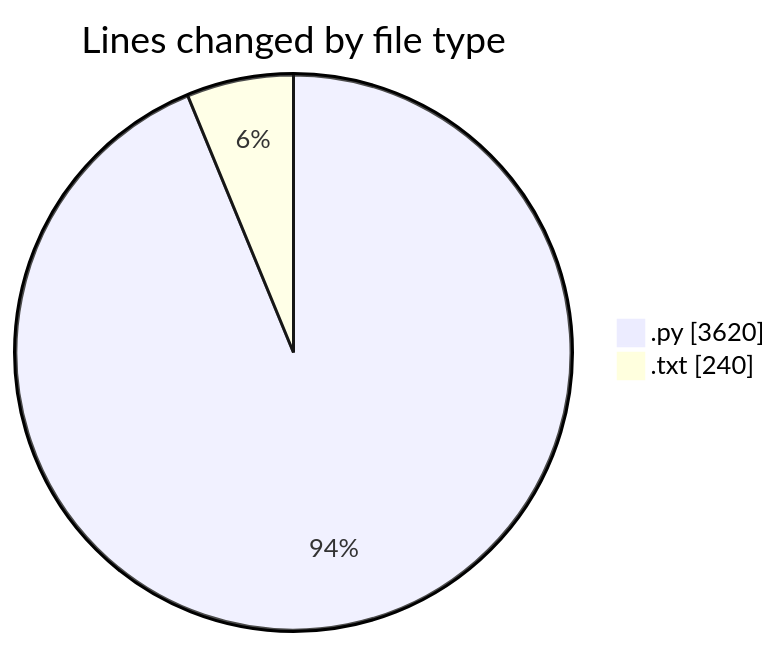
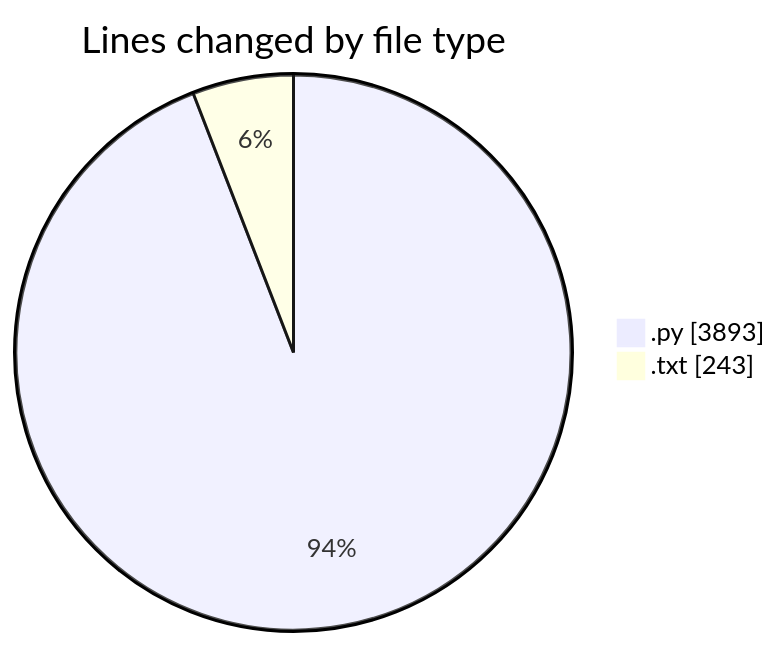
Before and after one commit to Ritupan-Deka/code-tracking: the first of 2 diagrams in 2025-05-26/zip_file/README.md, drawn with Mermaid. The commit also changed other lines of this file and 1 other file, not shown here.

````diff
--- a/2025-05-26/zip_file/README.md
+++ b/2025-05-26/zip_file/README.md
@@ -32,6 +33,6 @@
 ```mermaid
 pie showData
 title Lines changed by file type
-".py" : 3620
-".txt" : 240
+".py" : 3893
+".txt" : 243
 ```
````
